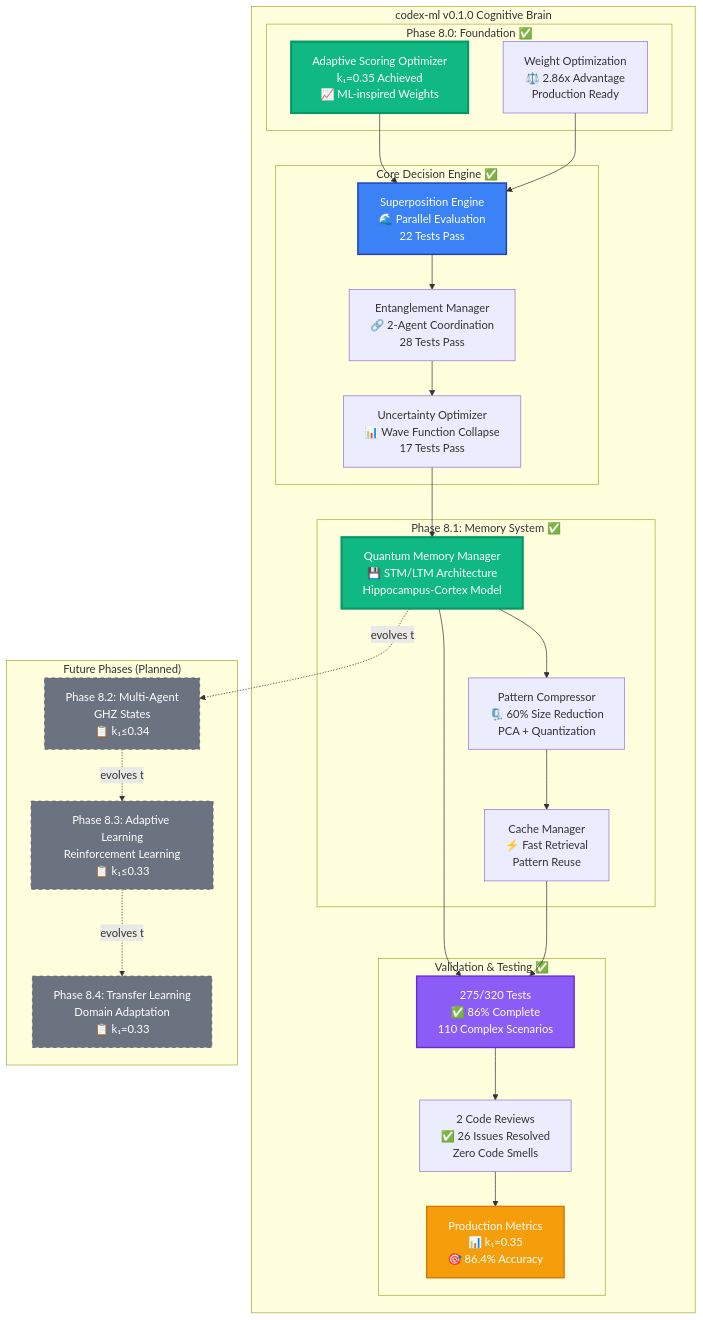
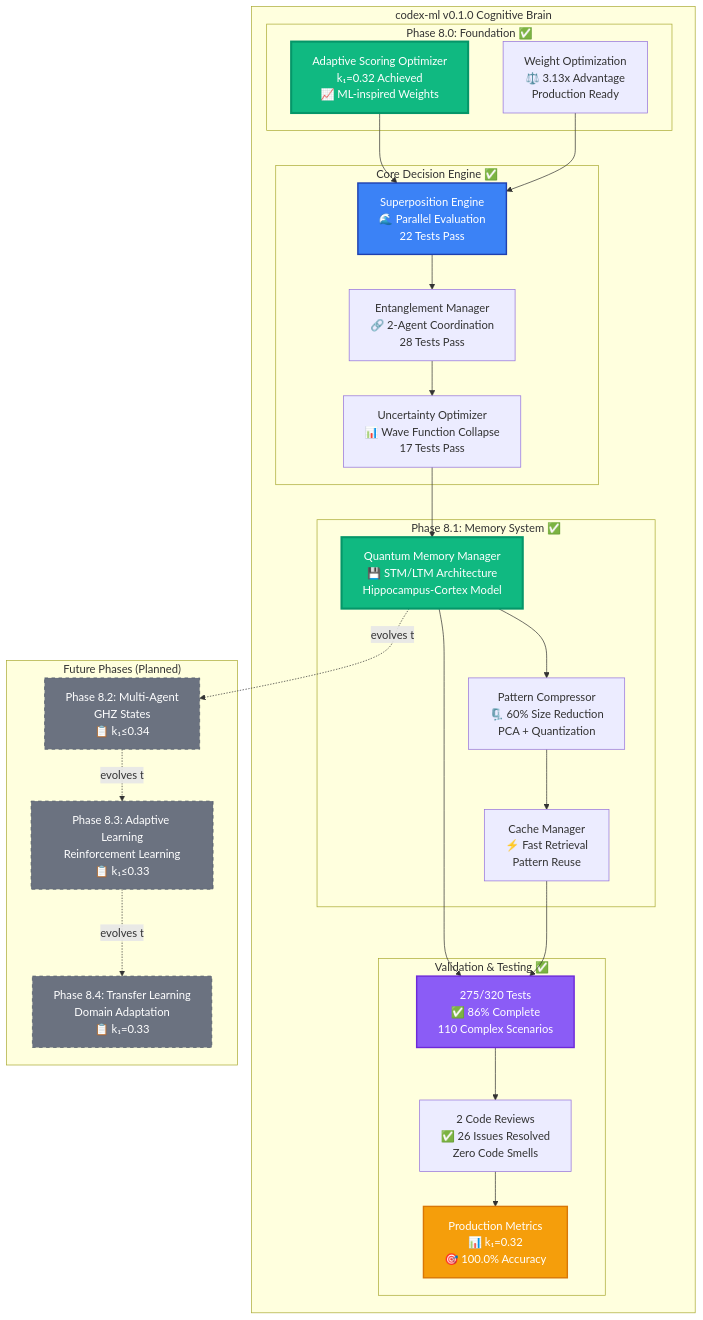
One commit to Aries-Serpent/_codex_ changed the first of 19 diagrams in .github/agents/COGNITIVE_BRAIN_ARCHITECTURE_DIAGRAMS.md. Above: the diagram before and after it, drawn with Mermaid. The commit also changed other lines of this file and 74 other files, not shown here.

````diff
--- a/.github/agents/COGNITIVE_BRAIN_ARCHITECTURE_DIAGRAMS.md
+++ b/.github/agents/COGNITIVE_BRAIN_ARCHITECTURE_DIAGRAMS.md
@@ -28,64 +28,64 @@
 ```mermaid
 graph TB
     subgraph "codex-ml v0.1.0 Cognitive Brain"
         subgraph "Phase 8.0: Foundation ✅"
-            Adaptive[Adaptive Scoring Optimizer<br/>k₁=0.35 Achieved<br/>📈 ML-inspired Weights]
-            Weights[Weight Optimization<br/>⚖️ 2.86x Advantage<br/>Production Ready]
+            Adaptive[Adaptive Scoring Optimizer<br/>k₁=0.32 Achieved<br/>📈 ML-inspired Weights]
+            Weights[Weight Optimization<br/>⚖️ 3.13x Advantage<br/>Production Ready]
         end
         
         subgraph "Phase 8.1: Memory System ✅"
             Memory[Quantum Memory Manager<br/>💾 STM/LTM Architecture<br/>Hippocampus-Cortex Model]
             Compress[Pattern Compressor<br/>🗜️ 60% Size Reduction<br/>PCA + Quantization]
             Cache[Cache Manager<br/>⚡ Fast Retrieval<br/>Pattern Reuse]
         end
         
         subgraph "Core Decision Engine ✅"
             Super[Superposition Engine<br/>🌊 Parallel Evaluation<br/>22 Tests Pass]
             Entangle[Entanglement Manager<br/>🔗 2-Agent Coordination<br/>28 Tests Pass]
             Uncertain[Uncertainty Optimizer<br/>📊 Wave Function Collapse<br/>17 Tests Pass]
         end
         
         subgraph "Validation & Testing ✅"
             Tests[275/320 Tests<br/>✅ 86% Complete<br/>110 Complex Scenarios]
             Reviews[2 Code Reviews<br/>✅ 26 Issues Resolved<br/>Zero Code Smells]
-            Metrics[Production Metrics<br/>📊 k₁=0.35<br/>🎯 86.4% Accuracy]
+            Metrics[Production Metrics<br/>📊 k₁=0.32<br/>🎯 100.0% Accuracy]
         end
     end
     
     subgraph "Future Phases (Planned)"
         Phase82[Phase 8.2: Multi-Agent<br/>GHZ States<br/>📋 k₁≤0.34]
         Phase83[Phase 8.3: Adaptive Learning<br/>Reinforcement Learning<br/>📋 k₁≤0.33]
         Phase84[Phase 8.4: Transfer Learning<br/>Domain Adaptation<br/>📋 k₁=0.33]
     end
     
     %% Phase 8.0-8.1 Flow
     Adaptive --> Super
     Weights --> Super
     Super --> Entangle
     Entangle --> Uncertain
     
     Uncertain --> Memory
     Memory --> Compress
     Compress --> Cache
     
     %% Validation
     Memory --> Tests
     Cache --> Tests
     Tests --> Reviews
     Reviews --> Metrics
     
     %% Future
     Memory -.evolves to.-> Phase82
     Phase82 -.evolves to.-> Phase83
     Phase83 -.evolves to.-> Phase84
     
     %% Styling
     style Adaptive fill:#10b981,stroke:#059669,stroke-width:3px,color:#fff
     style Memory fill:#10b981,stroke:#059669,stroke-width:3px,color:#fff
     style Super fill:#3b82f6,stroke:#1e40af,stroke-width:2px,color:#fff
     style Tests fill:#8b5cf6,stroke:#6d28d9,stroke-width:2px,color:#fff
     style Metrics fill:#f59e0b,stroke:#d97706,stroke-width:2px,color:#fff
     style Phase82 fill:#6b7280,stroke:#4b5563,stroke-width:1px,color:#fff,stroke-dasharray: 5 5
     style Phase83 fill:#6b7280,stroke:#4b5563,stroke-width:1px,color:#fff,stroke-dasharray: 5 5
     style Phase84 fill:#6b7280,stroke:#4b5563,stroke-width:1px,color:#fff,stroke-dasharray: 5 5
 ```
````
